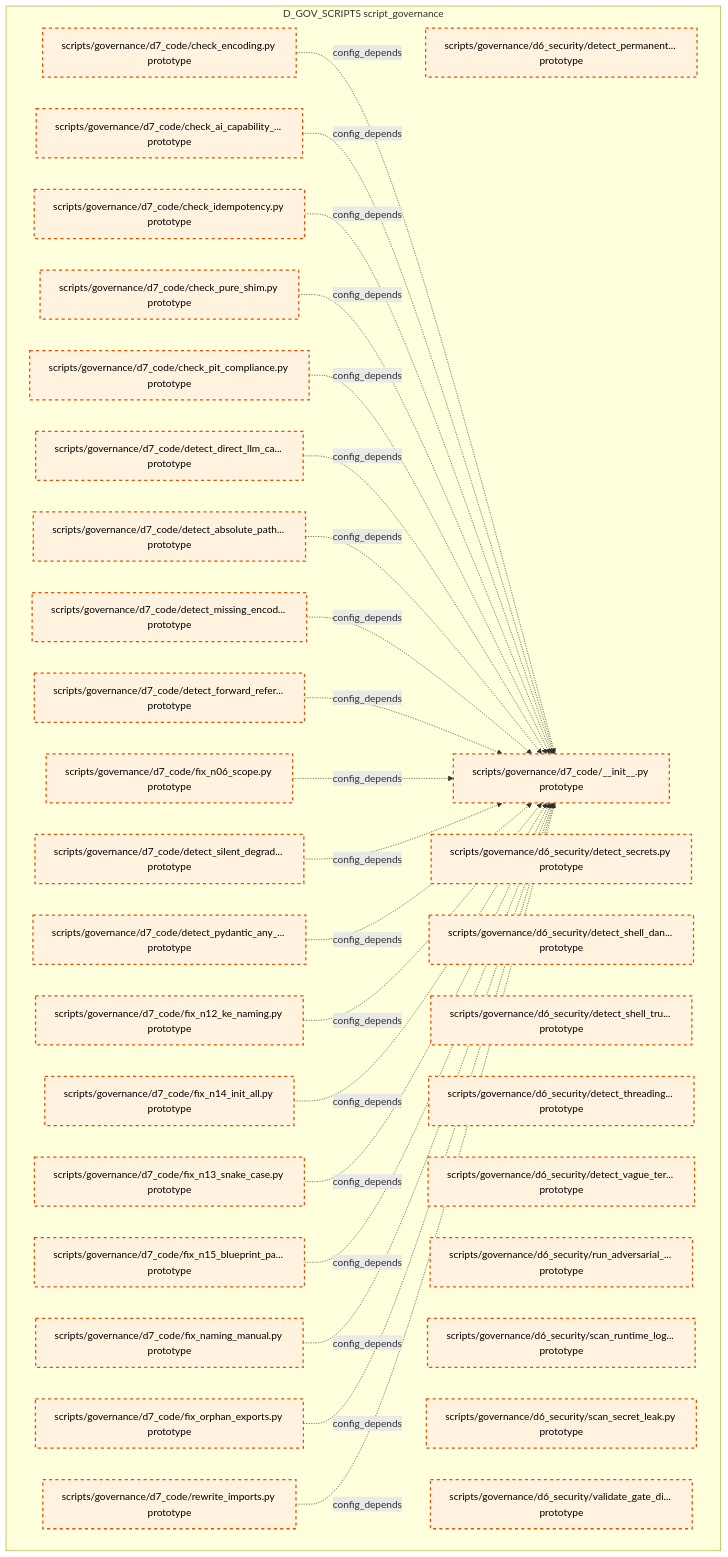
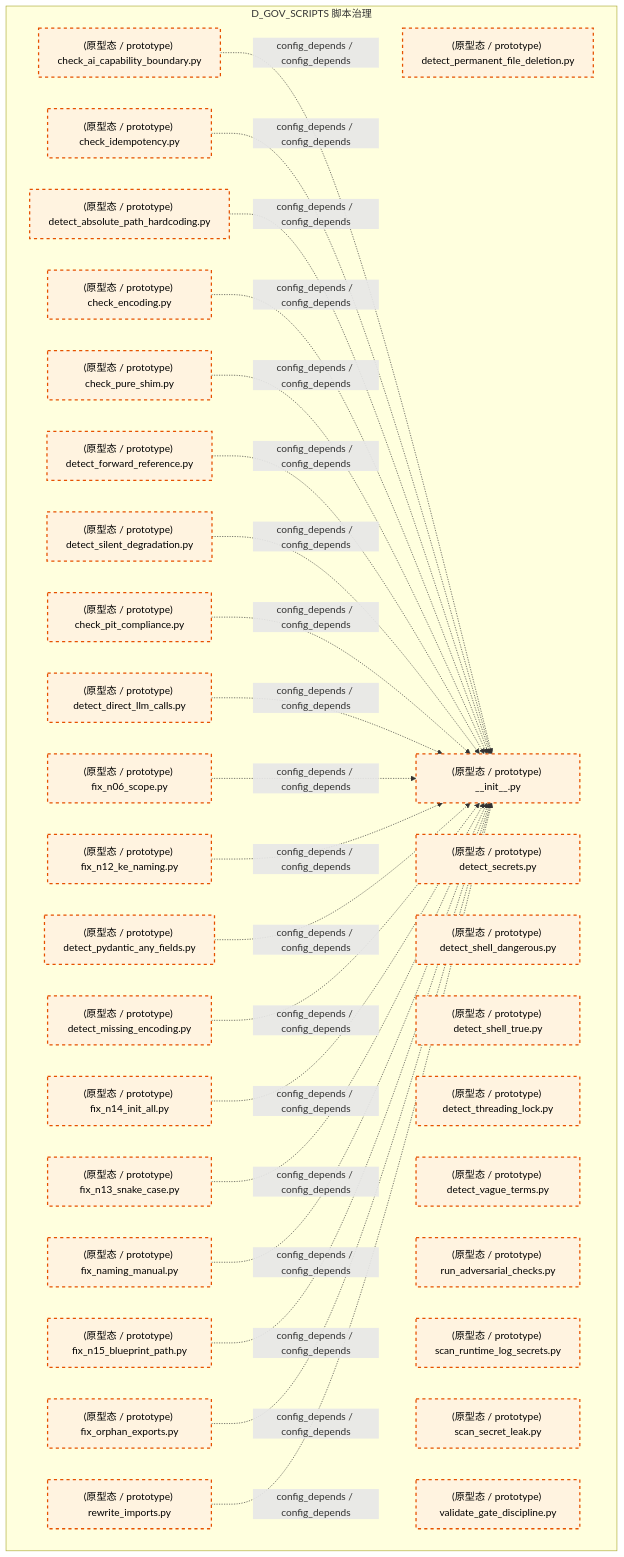
One commit to xuanFelixVan/ZephyrAlpha changed the tenth of 15 diagrams in docs/02_enterprise_architecture/02_domain_architecture_docs/38_d_gov_scripts.md. Above: the diagram before and after it, drawn with Mermaid. The commit also changed other lines of this file and 100 other files, not shown here.

````diff
--- a/docs/02_enterprise_architecture/02_domain_architecture_docs/38_d_gov_scripts.md
+++ b/docs/02_enterprise_architecture/02_domain_architecture_docs/38_d_gov_scripts.md
@@ -689,59 +690,59 @@
 ```mermaid
 graph TD
-    subgraph D_GOV_SCRIPTS["D_GOV_SCRIPTS script_governance"]
-        scripts_governance_d6_security_detect_permanent_file_deletion_py["scripts/governance/d6_security/detect_permanent... prototype"]
-        scripts_governance_d6_security_detect_secrets_py["scripts/governance/d6_security/detect_secrets.py prototype"]
-        scripts_governance_d6_security_detect_shell_dangerous_py["scripts/governance/d6_security/detect_shell_dan... prototype"]
-        scripts_governance_d6_security_detect_shell_true_py["scripts/governance/d6_security/detect_shell_tru... prototype"]
-        scripts_governance_d6_security_detect_threading_lock_py["scripts/governance/d6_security/detect_threading... prototype"]
-        scripts_governance_d6_security_detect_vague_terms_py["scripts/governance/d6_security/detect_vague_ter... prototype"]
-        scripts_governance_d6_security_run_adversarial_checks_py["scripts/governance/d6_security/run_adversarial_... prototype"]
-        scripts_governance_d6_security_scan_runtime_log_secrets_py["scripts/governance/d6_security/scan_runtime_log... prototype"]
-        scripts_governance_d6_security_scan_secret_leak_py["scripts/governance/d6_security/scan_secret_leak.py prototype"]
-        scripts_governance_d6_security_validate_gate_discipline_py["scripts/governance/d6_security/validate_gate_di... prototype"]
-        scripts_governance_d7_code_init_py["scripts/governance/d7_code/__init__.py prototype"]
-        scripts_governance_d7_code_check_ai_capability_boundary_py["scripts/governance/d7_code/check_ai_capability_... prototype"]
-        scripts_governance_d7_code_check_encoding_py["scripts/governance/d7_code/check_encoding.py prototype"]
-        scripts_governance_d7_code_check_idempotency_py["scripts/governance/d7_code/check_idempotency.py prototype"]
-        scripts_governance_d7_code_check_pit_compliance_py["scripts/governance/d7_code/check_pit_compliance.py prototype"]
-        scripts_governance_d7_code_check_pure_shim_py["scripts/governance/d7_code/check_pure_shim.py prototype"]
-        scripts_governance_d7_code_detect_absolute_path_hardcoding_py["scripts/governance/d7_code/detect_absolute_path... prototype"]
-        scripts_governance_d7_code_detect_direct_llm_calls_py["scripts/governance/d7_code/detect_direct_llm_ca... prototype"]
-        scripts_governance_d7_code_detect_forward_reference_py["scripts/governance/d7_code/detect_forward_refer... prototype"]
-        scripts_governance_d7_code_detect_missing_encoding_py["scripts/governance/d7_code/detect_missing_encod... prototype"]
-        scripts_governance_d7_code_detect_pydantic_any_fields_py["scripts/governance/d7_code/detect_pydantic_any_... prototype"]
-        scripts_governance_d7_code_detect_silent_degradation_py["scripts/governance/d7_code/detect_silent_degrad... prototype"]
-        scripts_governance_d7_code_fix_n06_scope_py["scripts/governance/d7_code/fix_n06_scope.py prototype"]
-        scripts_governance_d7_code_fix_n12_ke_naming_py["scripts/governance/d7_code/fix_n12_ke_naming.py prototype"]
-        scripts_governance_d7_code_fix_n13_snake_case_py["scripts/governance/d7_code/fix_n13_snake_case.py prototype"]
-        scripts_governance_d7_code_fix_n14_init_all_py["scripts/governance/d7_code/fix_n14_init_all.py prototype"]
-        scripts_governance_d7_code_fix_n15_blueprint_path_py["scripts/governance/d7_code/fix_n15_blueprint_pa... prototype"]
-        scripts_governance_d7_code_fix_naming_manual_py["scripts/governance/d7_code/fix_naming_manual.py prototype"]
-        scripts_governance_d7_code_fix_orphan_exports_py["scripts/governance/d7_code/fix_orphan_exports.py prototype"]
-        scripts_governance_d7_code_rewrite_imports_py["scripts/governance/d7_code/rewrite_imports.py prototype"]
+    subgraph D_GOV_SCRIPTS["D_GOV_SCRIPTS 脚本治理"]
+        scripts_governance_d6_security_detect_permanent_file_deletion_py["(原型态 / prototype) detect_permanent_file_deletion.py"]
+        scripts_governance_d6_security_detect_secrets_py["(原型态 / prototype) detect_secrets.py"]
+        scripts_governance_d6_security_detect_shell_dangerous_py["(原型态 / prototype) detect_shell_dangerous.py"]
+        scripts_governance_d6_security_detect_shell_true_py["(原型态 / prototype) detect_shell_true.py"]
+        scripts_governance_d6_security_detect_threading_lock_py["(原型态 / prototype) detect_threading_lock.py"]
+        scripts_governance_d6_security_detect_vague_terms_py["(原型态 / prototype) detect_vague_terms.py"]
+        scripts_governance_d6_security_run_adversarial_checks_py["(原型态 / prototype) run_adversarial_checks.py"]
+        scripts_governance_d6_security_scan_runtime_log_secrets_py["(原型态 / prototype) scan_runtime_log_secrets.py"]
+        scripts_governance_d6_security_scan_secret_leak_py["(原型态 / prototype) scan_secret_leak.py"]
+        scripts_governance_d6_security_validate_gate_discipline_py["(原型态 / prototype) validate_gate_discipline.py"]
+        scripts_governance_d7_code_init_py["(原型态 / prototype) __init__.py"]
+        scripts_governance_d7_code_check_ai_capability_boundary_py["(原型态 / prototype) check_ai_capability_boundary.py"]
+        scripts_governance_d7_code_check_encoding_py["(原型态 / prototype) check_encoding.py"]
+        scripts_governance_d7_code_check_idempotency_py["(原型态 / prototype) check_idempotency.py"]
+        scripts_governance_d7_code_check_pit_compliance_py["(原型态 / prototype) check_pit_compliance.py"]
+        scripts_governance_d7_code_check_pure_shim_py["(原型态 / prototype) check_pure_shim.py"]
+        scripts_governance_d7_code_detect_absolute_path_hardcoding_py["(原型态 / prototype) detect_absolute_path_hardcoding.py"]
+        scripts_governance_d7_code_detect_direct_llm_calls_py["(原型态 / prototype) detect_direct_llm_calls.py"]
+        scripts_governance_d7_code_detect_forward_reference_py["(原型态 / prototype) detect_forward_reference.py"]
+        scripts_governance_d7_code_detect_missing_encoding_py["(原型态 / prototype) detect_missing_encoding.py"]
+        scripts_governance_d7_code_detect_pydantic_any_fields_py["(原型态 / prototype) detect_pydantic_any_fields.py"]
+        scripts_governance_d7_code_detect_silent_degradation_py["(原型态 / prototype) detect_silent_degradation.py"]
+        scripts_governance_d7_code_fix_n06_scope_py["(原型态 / prototype) fix_n06_scope.py"]
+        scripts_governance_d7_code_fix_n12_ke_naming_py["(原型态 / prototype) fix_n12_ke_naming.py"]
+        scripts_governance_d7_code_fix_n13_snake_case_py["(原型态 / prototype) fix_n13_snake_case.py"]
+        scripts_governance_d7_code_fix_n14_init_all_py["(原型态 / prototype) fix_n14_init_all.py"]
+        scripts_governance_d7_code_fix_n15_blueprint_path_py["(原型态 / prototype) fix_n15_blueprint_path.py"]
+        scripts_governance_d7_code_fix_naming_manual_py["(原型态 / prototype) fix_naming_manual.py"]
+        scripts_governance_d7_code_fix_orphan_exports_py["(原型态 / prototype) fix_orphan_exports.py"]
+        scripts_governance_d7_code_rewrite_imports_py["(原型态 / prototype) rewrite_imports.py"]
     end
-    scripts_governance_d7_code_check_encoding_py -.->|config_depends| scripts_governance_d7_code_init_py
-    scripts_governance_d7_code_check_ai_capability_boundary_py -.->|config_depends| scripts_governance_d7_code_init_py
-    scripts_governance_d7_code_check_idempotency_py -.->|config_depends| scripts_governance_d7_code_init_py
-    scripts_governance_d7_code_check_pure_shim_py -.->|config_depends| scripts_governance_d7_code_init_py
-    scripts_governance_d7_code_check_pit_compliance_py -.->|config_depends| scripts_governance_d7_code_init_py
-    scripts_governance_d7_code_detect_direct_llm_calls_py -.->|config_depends| scripts_governance_d7_code_init_py
-    scripts_governance_d7_code_detect_absolute_path_hardcoding_py -.->|config_depends| scripts_governance_d7_code_init_py
-    scripts_governance_d7_code_detect_missing_encoding_py -.->|config_depends| scripts_governance_d7_code_init_py
-    scripts_governance_d7_code_detect_forward_reference_py -.->|config_depends| scripts_governance_d7_code_init_py
-    scripts_governance_d7_code_fix_n06_scope_py -.->|config_depends| scripts_governance_d7_code_init_py
-    scripts_governance_d7_code_detect_silent_degradation_py -.->|config_depends| scripts_governance_d7_code_init_py
-    scripts_governance_d7_code_detect_pydantic_any_fields_py -.->|config_depends| scripts_governance_d7_code_init_py
-    scripts_governance_d7_code_fix_n12_ke_naming_py -.->|config_depends| scripts_governance_d7_code_init_py
-    scripts_governance_d7_code_fix_n14_init_all_py -.->|config_depends| scripts_governance_d7_code_init_py
-    scripts_governance_d7_code_fix_n13_snake_case_py -.->|config_depends| scripts_governance_d7_code_init_py
-    scripts_governance_d7_code_fix_n15_blueprint_path_py -.->|config_depends| scripts_governance_d7_code_init_py
-    scripts_governance_d7_code_fix_naming_manual_py -.->|config_depends| scripts_governance_d7_code_init_py
-    scripts_governance_d7_code_fix_orphan_exports_py -.->|config_depends| scripts_governance_d7_code_init_py
-    scripts_governance_d7_code_rewrite_imports_py -.->|config_depends| scripts_governance_d7_code_init_py
+    scripts_governance_d7_code_check_ai_capability_boundary_py -.->|config_depends / config_depends| scripts_governance_d7_code_init_py
+    scripts_governance_d7_code_check_idempotency_py -.->|config_depends / config_depends| scripts_governance_d7_code_init_py
+    scripts_governance_d7_code_detect_absolute_path_hardcoding_py -.->|config_depends / config_depends| scripts_governance_d7_code_init_py
+    scripts_governance_d7_code_check_encoding_py -.->|config_depends / config_depends| scripts_governance_d7_code_init_py
+    scripts_governance_d7_code_check_pure_shim_py -.->|config_depends / config_depends| scripts_governance_d7_code_init_py
+    scripts_governance_d7_code_detect_forward_reference_py -.->|config_depends / config_depends| scripts_governance_d7_code_init_py
+    scripts_governance_d7_code_detect_silent_degradation_py -.->|config_depends / config_depends| scripts_governance_d7_code_init_py
+    scripts_governance_d7_code_check_pit_compliance_py -.->|config_depends / config_depends| scripts_governance_d7_code_init_py
+    scripts_governance_d7_code_detect_direct_llm_calls_py -.->|config_depends / config_depends| scripts_governance_d7_code_init_py
+    scripts_governance_d7_code_fix_n06_scope_py -.->|config_depends / config_depends| scripts_governance_d7_code_init_py
+    scripts_governance_d7_code_fix_n12_ke_naming_py -.->|config_depends / config_depends| scripts_governance_d7_code_init_py
+    scripts_governance_d7_code_detect_pydantic_any_fields_py -.->|config_depends / config_depends| scripts_governance_d7_code_init_py
+    scripts_governance_d7_code_detect_missing_encoding_py -.->|config_depends / config_depends| scripts_governance_d7_code_init_py
+    scripts_governance_d7_code_fix_n14_init_all_py -.->|config_depends / config_depends| scripts_governance_d7_code_init_py
+    scripts_governance_d7_code_fix_n13_snake_case_py -.->|config_depends / config_depends| scripts_governance_d7_code_init_py
+    scripts_governance_d7_code_fix_naming_manual_py -.->|config_depends / config_depends| scripts_governance_d7_code_init_py
+    scripts_governance_d7_code_fix_n15_blueprint_path_py -.->|config_depends / config_depends| scripts_governance_d7_code_init_py
+    scripts_governance_d7_code_fix_orphan_exports_py -.->|config_depends / config_depends| scripts_governance_d7_code_init_py
+    scripts_governance_d7_code_rewrite_imports_py -.->|config_depends / config_depends| scripts_governance_d7_code_init_py
     classDef production fill:#e1f5fe,stroke:#01579b,stroke-width:2px,color:#000
     classDef design fill:#fff3e0,stroke:#e65100,stroke-width:2px,color:#000,stroke-dasharray: 5 5
     classDef external_prod fill:#e8f5e9,stroke:#1b5e20,stroke-width:1px,color:#000
     classDef external_design fill:#fce4ec,stroke:#880e4f,stroke-width:1px,color:#000,stroke-dasharray: 5 5
     class scripts_governance_d6_security_detect_permanent_file_deletion_py,scripts_governance_d6_security_detect_secrets_py,scripts_governance_d6_security_detect_shell_dangerous_py,scripts_governance_d6_security_detect_shell_true_py,scripts_governance_d6_security_detect_threading_lock_py,scripts_governance_d6_security_detect_vague_terms_py,scripts_governance_d6_security_run_adversarial_checks_py,scripts_governance_d6_security_scan_runtime_log_secrets_py,scripts_governance_d6_security_scan_secret_leak_py,scripts_governance_d6_security_validate_gate_discipline_py,scripts_governance_d7_code_init_py,scripts_governance_d7_code_check_ai_capability_boundary_py,scripts_governance_d7_code_check_encoding_py,scripts_governance_d7_code_check_idempotency_py,scripts_governance_d7_code_check_pit_compliance_py,scripts_governance_d7_code_check_pure_shim_py,scripts_governance_d7_code_detect_absolute_path_hardcoding_py,scripts_governance_d7_code_detect_direct_llm_calls_py,scripts_governance_d7_code_detect_forward_reference_py,scripts_governance_d7_code_detect_missing_encoding_py,scripts_governance_d7_code_detect_pydantic_any_fields_py,scripts_governance_d7_code_detect_silent_degradation_py,scripts_governance_d7_code_fix_n06_scope_py,scripts_governance_d7_code_fix_n12_ke_naming_py,scripts_governance_d7_code_fix_n13_snake_case_py,scripts_governance_d7_code_fix_n14_init_all_py,scripts_governance_d7_code_fix_n15_blueprint_path_py,scripts_governance_d7_code_fix_naming_manual_py,scripts_governance_d7_code_fix_orphan_exports_py,scripts_governance_d7_code_rewrite_imports_py design
 ```
````
